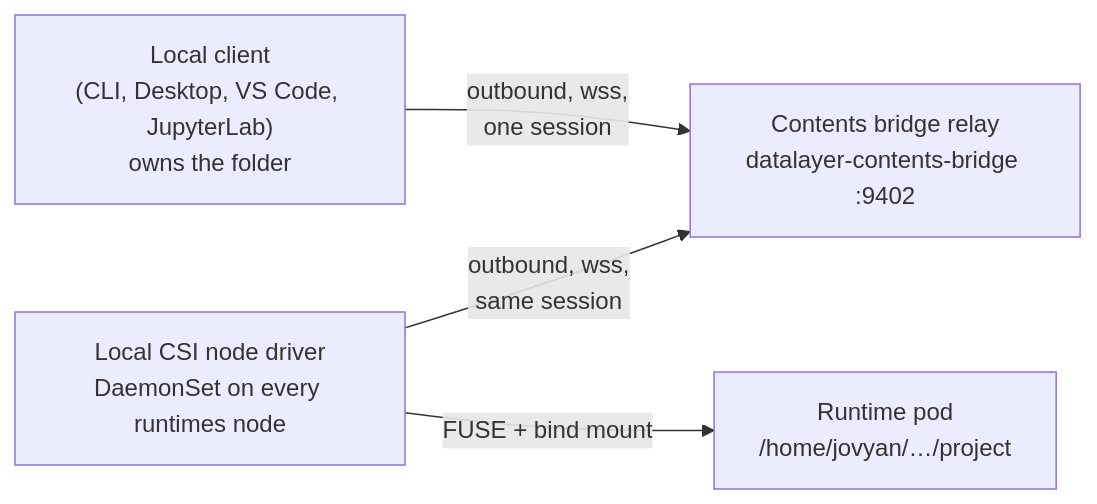
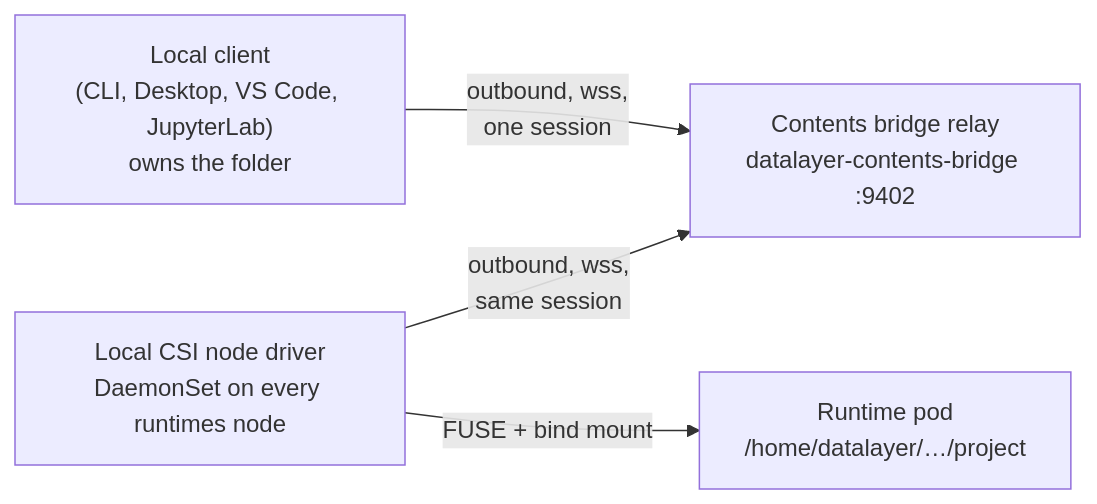
Before and after one commit to datalayer/clouder: the diagram in docs/docs/services/01-system/14-local-csi/index.mdx, drawn with Mermaid. The commit also changed 14 other files, not shown here.

```diff
--- a/docs/docs/services/01-system/14-local-csi/index.mdx
+++ b/docs/docs/services/01-system/14-local-csi/index.mdx
@@ -50,10 +50,10 @@
 ~~~mermaid
 flowchart LR
   laptop["Local client<br/>(CLI, Desktop, VS Code, JupyterLab)<br/>owns the folder"]
   relay["Contents bridge relay<br/>datalayer-contents-bridge :9402"]
   node["Local CSI node driver<br/>DaemonSet on every runtimes node"]
-  pod["Runtime pod<br/>/home/jovyan/…/project"]
+  pod["Runtime pod<br/>/home/datalayer/…/project"]
   laptop -- "outbound, wss,<br/>one session" --> relay
   node -- "outbound, wss,<br/>same session" --> relay
   node -- "FUSE + bind mount" --> pod
 ~~~
```
